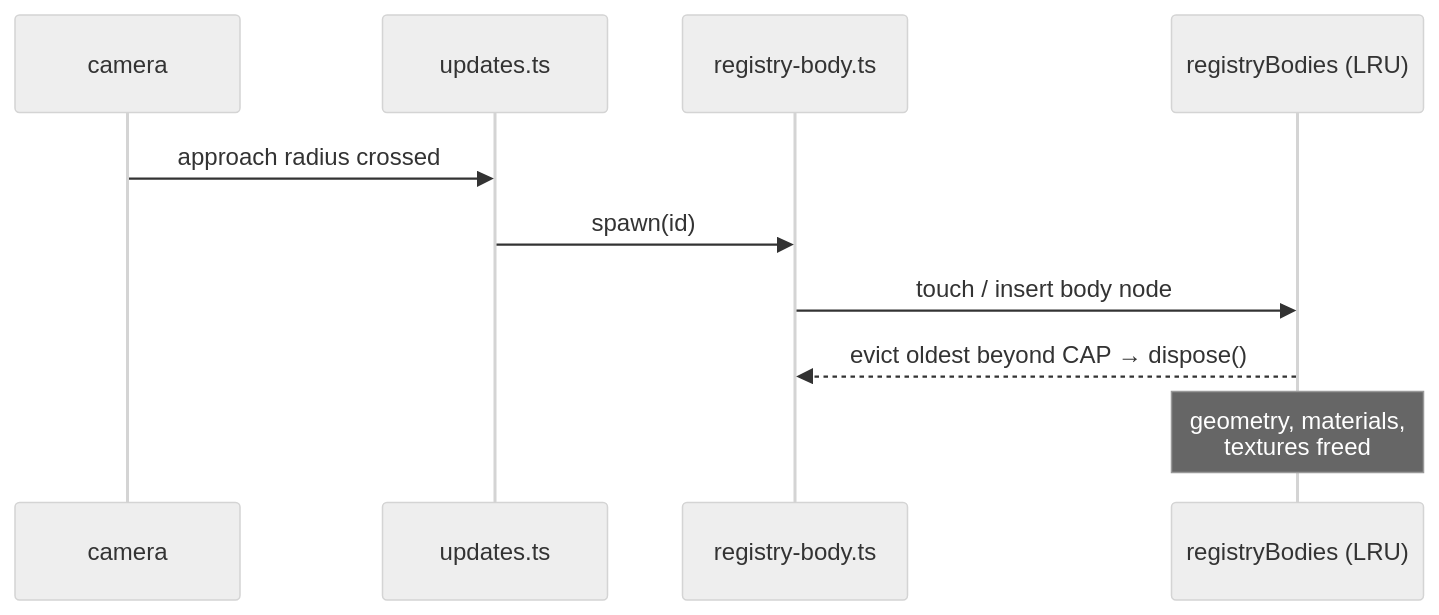
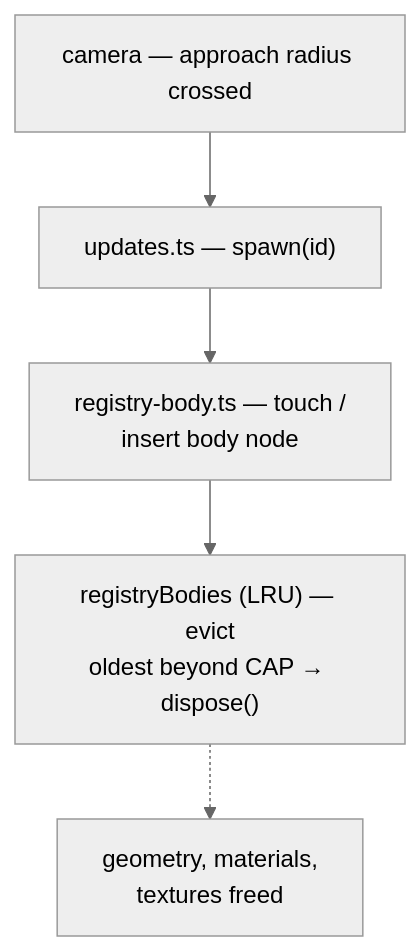
Before and after one commit to LuisKrotz/luiskr.com-V3-shared: the fifth of 5 diagrams in docs/animations/physics-simulations/README.md, drawn with Mermaid (neutral theme). The commit also changed other lines of this file and 24 other files, not shown here.

First line of the commit message:
feat: live-translated locale pages at public paths + vertical mermaid

````diff
--- a/docs/animations/physics-simulations/README.md
+++ b/docs/animations/physics-simulations/README.md
@@ -284,13 +285,7 @@
 ```mermaid
-sequenceDiagram
-    participant Cam as camera
-    participant U as updates.ts
-    participant R as registry-body.ts
-    participant LRU as registryBodies (LRU)
-
-    Cam->>U: approach radius crossed
-    U->>R: spawn(id)
-    R->>LRU: touch / insert body node
-    LRU-->>R: evict oldest beyond CAP → dispose()
-    Note over LRU: geometry, materials,<br/>textures freed
+flowchart TB
+    S1["camera — approach radius crossed"] --> S2["updates.ts — spawn(id)"]
+    S2 --> S3["registry-body.ts — touch /<br/>insert body node"]
+    S3 --> S4["registryBodies (LRU) — evict<br/>oldest beyond CAP → dispose()"]
+    S4 -.-> N["geometry, materials,<br/>textures freed"]
 ```
````
